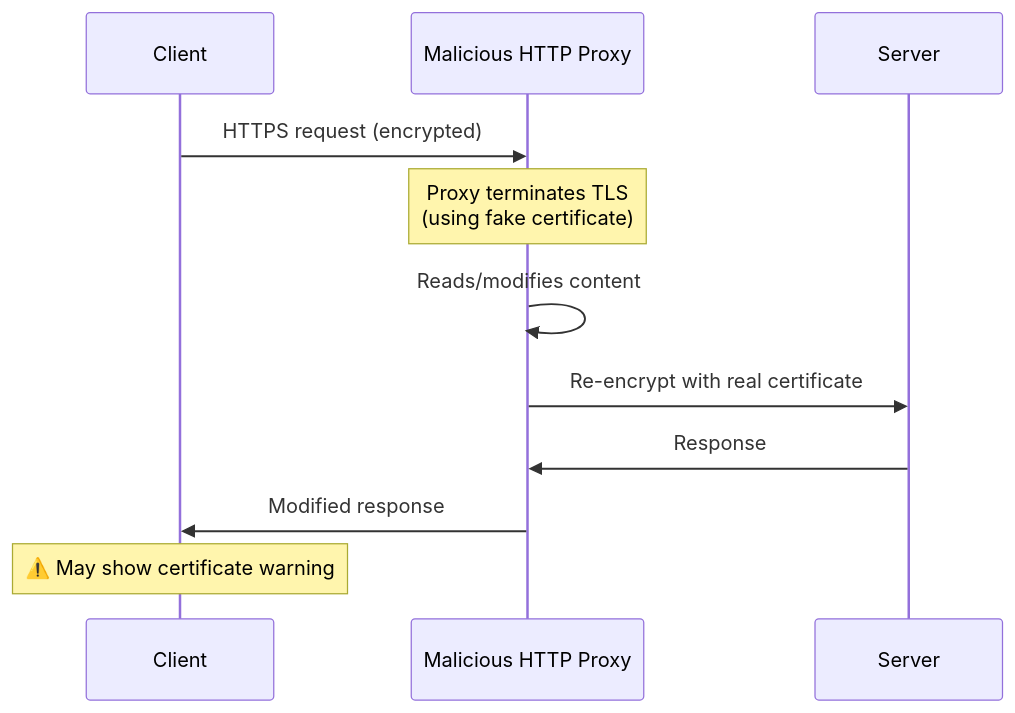
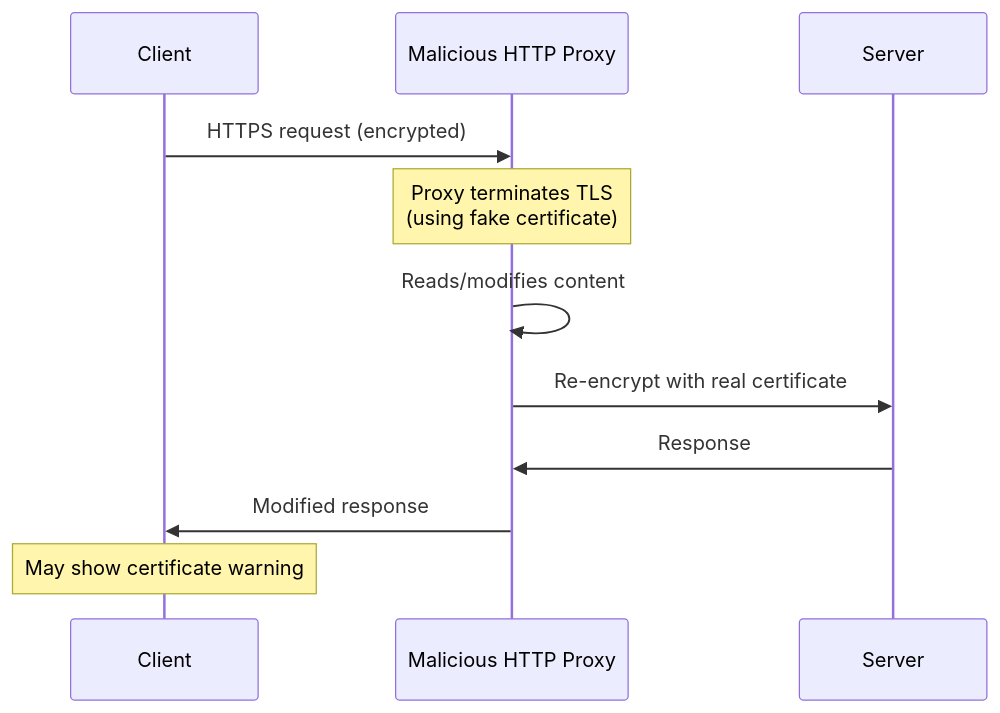
Before and after one commit to yie1d/pydoll: the seventh of 8 diagrams in docs/en/deep-dive/network/socks-proxies.md, drawn with Mermaid. The commit also changed other lines of this file and 159 other files, not shown here.

````diff
--- a/docs/en/deep-dive/network/socks-proxies.md
+++ b/docs/en/deep-dive/network/socks-proxies.md
@@ -406,17 +404,17 @@
 ```mermaid
 sequenceDiagram
     participant Client
     participant Malicious_Proxy as Malicious HTTP Proxy
     participant Server
     
     Client->>Malicious_Proxy: HTTPS request (encrypted)
     Note over Malicious_Proxy: Proxy terminates TLS<br/>(using fake certificate)
     
     Malicious_Proxy->>Malicious_Proxy: Reads/modifies content
     
     Malicious_Proxy->>Server: Re-encrypt with real certificate
     Server->>Malicious_Proxy: Response
     Malicious_Proxy->>Client: Modified response
     
-    Note over Client: ⚠️ May show certificate warning
+    Note over Client: May show certificate warning
 ```
````
